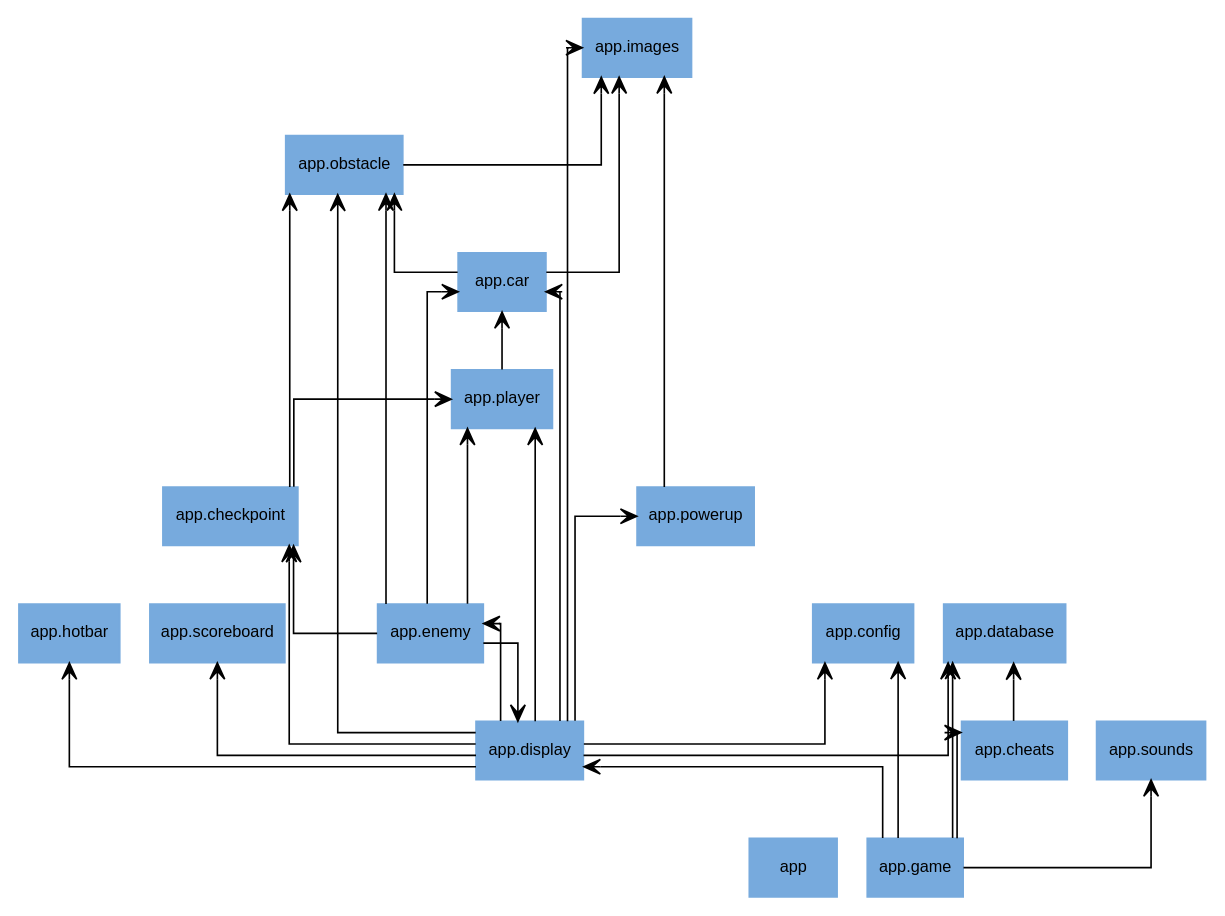
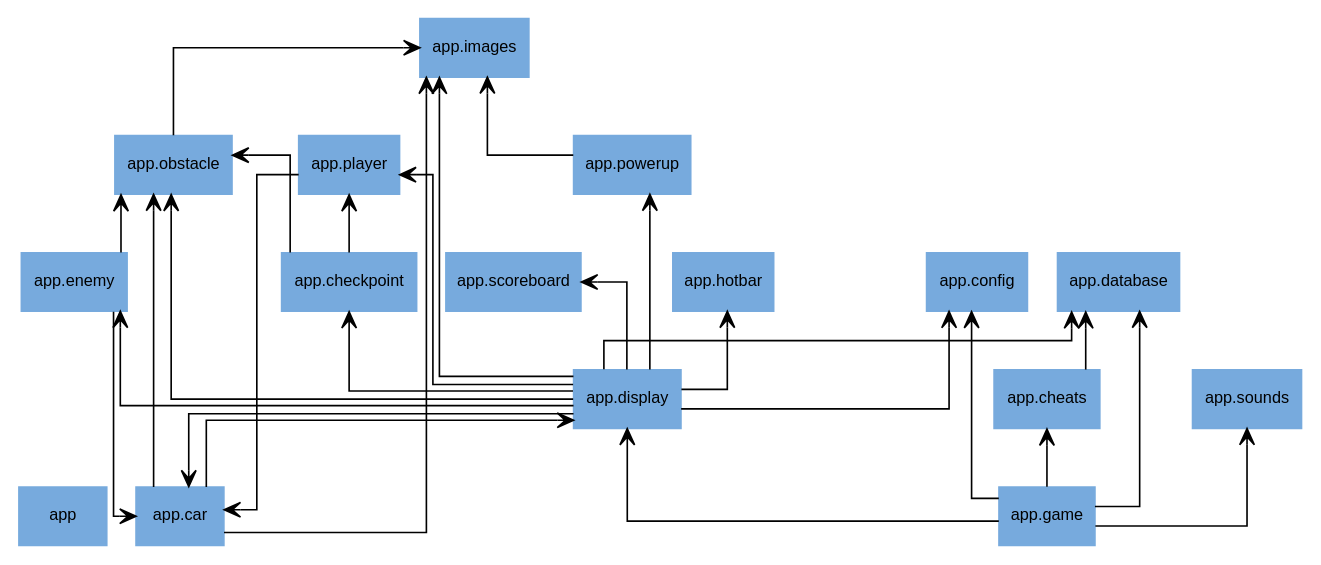
The diagram in docs/uml/packages_GameApp.dot (rutra8002/pixel_racers), drawn with Graphviz before and after one commit. The commit also changed 4 other files, not shown here.

```diff
--- a/docs/uml/packages_GameApp.dot
+++ b/docs/uml/packages_GameApp.dot
@@ -1,53 +1,52 @@
 digraph "packages_GameApp" {
   splines=ortho;
-  edge [dir="forward"];
+  edge [dir="forward", labelfloat=false, label=""];
   node [shape=record, fontname=Arial, fontsize=10];
+  graph [label=""];
 
 rankdir=BT
 charset="utf-8"
 "app" [color="#77AADD", label=<app>, shape="box", style="filled"];
 "app.car" [color="#77AADD", label=<app.car>, shape="box", style="filled"];
 "app.cheats" [color="#77AADD", label=<app.cheats>, shape="box", style="filled"];
 "app.checkpoint" [color="#77AADD", label=<app.checkpoint>, shape="box", style="filled"];
 "app.config" [color="#77AADD", label=<app.config>, shape="box", style="filled"];
 "app.database" [color="#77AADD", label=<app.database>, shape="box", style="filled"];
 "app.display" [color="#77AADD", label=<app.display>, shape="box", style="filled"];
 "app.enemy" [color="#77AADD", label=<app.enemy>, shape="box", style="filled"];
 "app.game" [color="#77AADD", label=<app.game>, shape="box", style="filled"];
 "app.hotbar" [color="#77AADD", label=<app.hotbar>, shape="box", style="filled"];
 "app.images" [color="#77AADD", label=<app.images>, shape="box", style="filled"];
 "app.obstacle" [color="#77AADD", label=<app.obstacle>, shape="box", style="filled"];
 "app.player" [color="#77AADD", label=<app.player>, shape="box", style="filled"];
 "app.powerup" [color="#77AADD", label=<app.powerup>, shape="box", style="filled"];
 "app.scoreboard" [color="#77AADD", label=<app.scoreboard>, shape="box", style="filled"];
 "app.sounds" [color="#77AADD", label=<app.sounds>, shape="box", style="filled"];
+"app.car" -> "app.display" [arrowhead="open", arrowtail="none"];
 "app.car" -> "app.images" [arrowhead="open", arrowtail="none"];
 "app.car" -> "app.obstacle" [arrowhead="open", arrowtail="none"];
 "app.cheats" -> "app.database" [arrowhead="open", arrowtail="none"];
 "app.checkpoint" -> "app.obstacle" [arrowhead="open", arrowtail="none"];
 "app.checkpoint" -> "app.player" [arrowhead="open", arrowtail="none"];
 "app.display" -> "app.car" [arrowhead="open", arrowtail="none"];
 "app.display" -> "app.checkpoint" [arrowhead="open", arrowtail="none"];
 "app.display" -> "app.config" [arrowhead="open", arrowtail="none"];
 "app.display" -> "app.database" [arrowhead="open", arrowtail="none"];
 "app.display" -> "app.enemy" [arrowhead="open", arrowtail="none"];
 "app.display" -> "app.hotbar" [arrowhead="open", arrowtail="none"];
 "app.display" -> "app.images" [arrowhead="open", arrowtail="none"];
 "app.display" -> "app.obstacle" [arrowhead="open", arrowtail="none"];
 "app.display" -> "app.player" [arrowhead="open", arrowtail="none"];
 "app.display" -> "app.powerup" [arrowhead="open", arrowtail="none"];
 "app.display" -> "app.scoreboard" [arrowhead="open", arrowtail="none"];
 "app.enemy" -> "app.car" [arrowhead="open", arrowtail="none"];
-"app.enemy" -> "app.checkpoint" [arrowhead="open", arrowtail="none"];
-"app.enemy" -> "app.display" [arrowhead="open", arrowtail="none"];
 "app.enemy" -> "app.obstacle" [arrowhead="open", arrowtail="none"];
-"app.enemy" -> "app.player" [arrowhead="open", arrowtail="none"];
 "app.game" -> "app.cheats" [arrowhead="open", arrowtail="none"];
 "app.game" -> "app.config" [arrowhead="open", arrowtail="none"];
 "app.game" -> "app.database" [arrowhead="open", arrowtail="none"];
 "app.game" -> "app.display" [arrowhead="open", arrowtail="none"];
 "app.game" -> "app.sounds" [arrowhead="open", arrowtail="none"];
 "app.obstacle" -> "app.images" [arrowhead="open", arrowtail="none"];
 "app.player" -> "app.car" [arrowhead="open", arrowtail="none"];
 "app.powerup" -> "app.images" [arrowhead="open", arrowtail="none"];
 }
```
